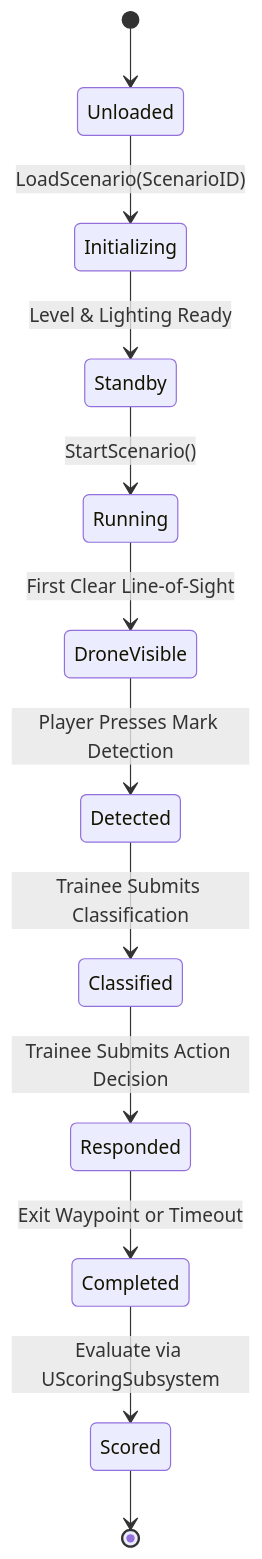
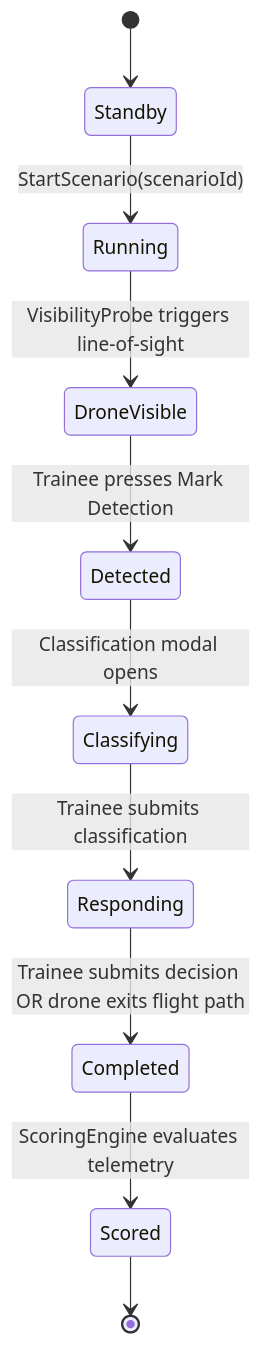
Before and after one commit to Subho4531/Project-Interceptor: the second of 2 diagrams in docs/ARCHITECTURE.md, drawn with Mermaid. The commit also changed other lines of this file and 5 other files, not shown here.

Commit message:
docs: pivot architecture to Three.js and React Three Fiber WebGL simulation

````diff
--- a/docs/ARCHITECTURE.md
+++ b/docs/ARCHITECTURE.md
@@ -94,14 +89,12 @@
-  ```mermaid
-  stateDiagram-v2
-      [*] --> Unloaded
-      Unloaded --> Initializing : LoadScenario(ScenarioID)
-      Initializing --> Standby : Level & Lighting Ready
-      Standby --> Running : StartScenario()
-      Running --> DroneVisible : First Clear Line-of-Sight
-      DroneVisible --> Detected : Player Presses Mark Detection
-      Detected --> Classified : Trainee Submits Classification
-      Classified --> Responded : Trainee Submits Action Decision
-      Responded --> Completed : Exit Waypoint or Timeout
-      Completed --> Scored : Evaluate via UScoringSubsystem
-      Scored --> [*]
-  ```
+```mermaid
+stateDiagram-v2
+    [*] --> Standby
+    Standby --> Running : StartScenario(scenarioId)
+    Running --> DroneVisible : VisibilityProbe triggers line-of-sight
+    DroneVisible --> Detected : Trainee presses Mark Detection
+    Detected --> Classifying : Classification modal opens
+    Classifying --> Responding : Trainee submits classification
+    Responding --> Completed : Trainee submits decision OR drone exits flight path
+    Completed --> Scored : ScoringEngine evaluates telemetry
+    Scored --> [*]
+```
````
